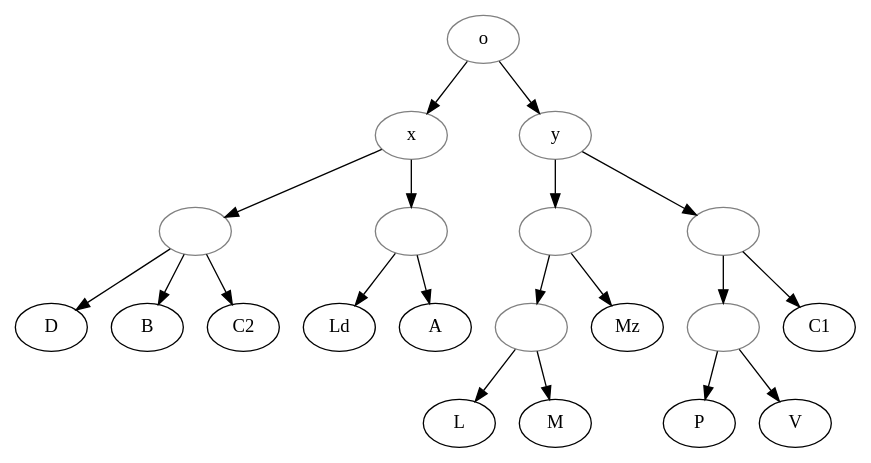
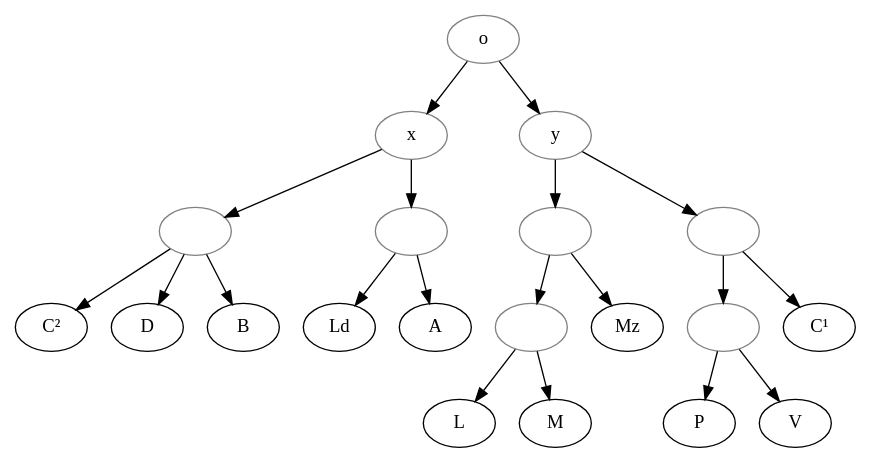
The diagram in data/fro/Korte_1914_RenMont3/stemma.gv (OpenStemmata/database), drawn with Graphviz before and after one commit. The commit also changed 11 other files, not shown here.

```diff
--- a/data/fro/Korte_1914_RenMont3/stemma.gv
+++ b/data/fro/Korte_1914_RenMont3/stemma.gv
@@ -1,33 +1,35 @@
 digraph {
 
     o[color="grey"];
     x[color="grey"];
     y[color="grey"];
     1[color="grey", label=""];
     2[color="grey", label=""];
     3[color="grey", label=""];
     4[color="grey", label=""];
     5[color="grey", label=""];
     6[color="grey", label=""];
+    C1[label="C¹"]
+    C2[label="C²"]
 
     o->y;
     y->1;
     1->2;
     2->L;
     2->M;
     1->Mz;
     y->3;
     3->C1;
     3->4;
     4->P;
     4->V;
     o->x;
     x->5;
     5->D;
     5->B;
     5->C2;
     x->6;
     6->Ld;
     6->A;
     
 }
```
